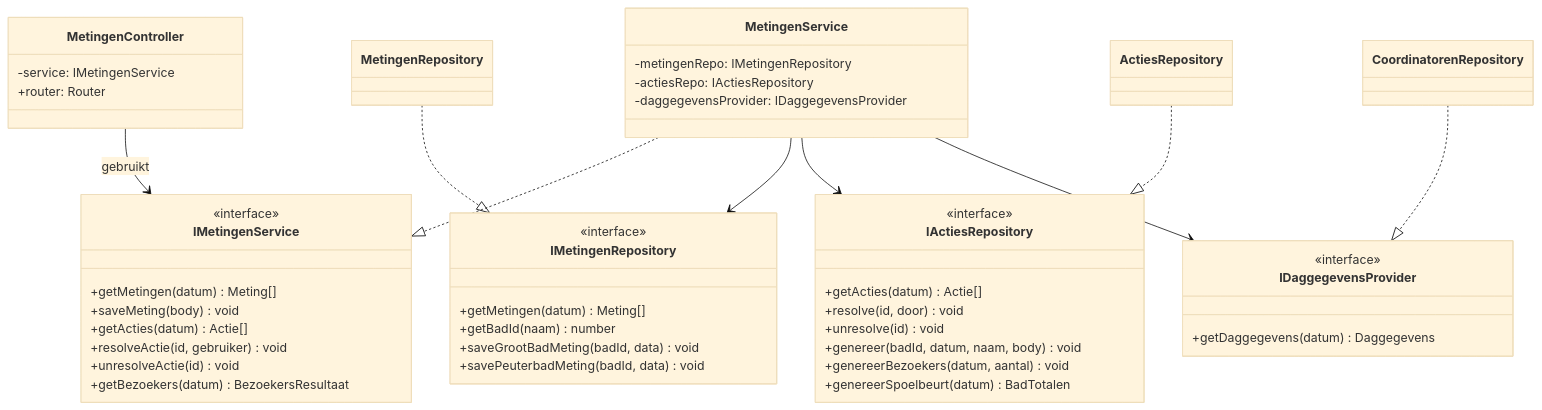
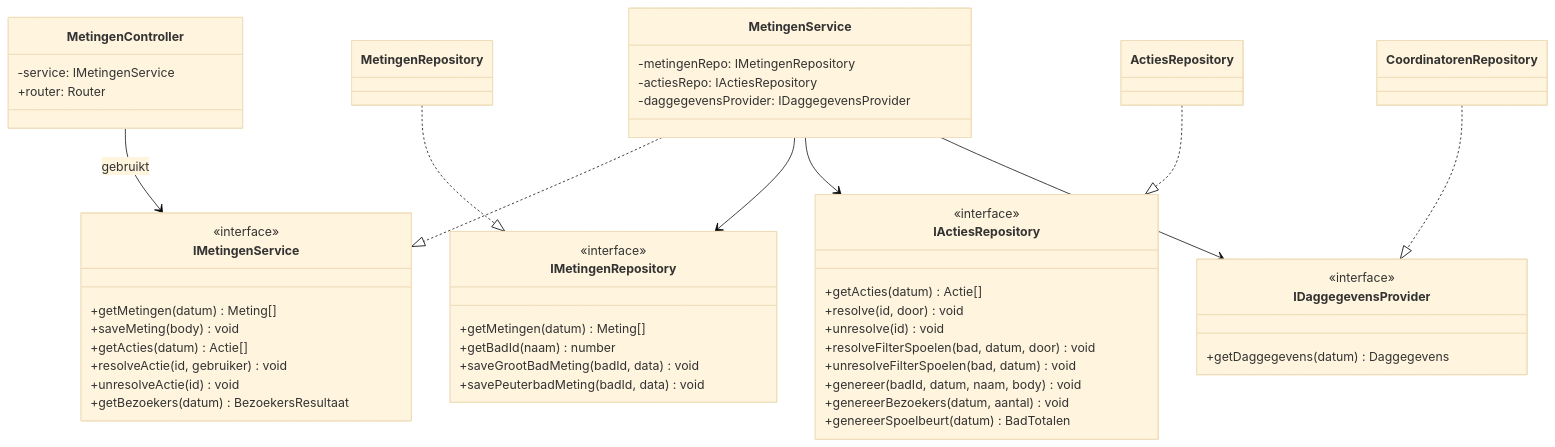
One commit to pjgheijmans/NewSiteWaterbeheerDeBercken changed the third of 5 diagrams in docs/architecture/backend.md. Above: the diagram before and after it, drawn with Mermaid (base theme). The commit also changed other lines of this file and 7 other files, not shown here.

````diff
--- a/docs/architecture/backend.md
+++ b/docs/architecture/backend.md
@@ -58,56 +58,58 @@
 ```mermaid
 classDiagram
     class MetingenController {
         -service: IMetingenService
         +router: Router
     }
 
     class IMetingenService {
         <<interface>>
         +getMetingen(datum) Meting[]
         +saveMeting(body) void
         +getActies(datum) Actie[]
         +resolveActie(id, gebruiker) void
         +unresolveActie(id) void
         +getBezoekers(datum) BezoekersResultaat
     }
     class MetingenService {
         -metingenRepo: IMetingenRepository
         -actiesRepo: IActiesRepository
         -daggegevensProvider: IDaggegevensProvider
     }
 
     class IMetingenRepository {
         <<interface>>
         +getMetingen(datum) Meting[]
         +getBadId(naam) number
         +saveGrootBadMeting(badId, data) void
         +savePeuterbadMeting(badId, data) void
     }
     class IActiesRepository {
         <<interface>>
         +getActies(datum) Actie[]
         +resolve(id, door) void
         +unresolve(id) void
+        +resolveFilterSpoelen(bad, datum, door) void
+        +unresolveFilterSpoelen(bad, datum) void
         +genereer(badId, datum, naam, body) void
         +genereerBezoekers(datum, aantal) void
         +genereerSpoelbeurt(datum) BadTotalen
     }
     class IDaggegevensProvider {
         <<interface>>
         +getDaggegevens(datum) Daggegevens
     }
 
     class MetingenRepository
     class ActiesRepository
     class CoordinatorenRepository
 
     MetingenController --> IMetingenService : gebruikt
     MetingenService ..|> IMetingenService
     MetingenService --> IMetingenRepository
     MetingenService --> IActiesRepository
     MetingenService --> IDaggegevensProvider
     MetingenRepository ..|> IMetingenRepository
     ActiesRepository ..|> IActiesRepository
     CoordinatorenRepository ..|> IDaggegevensProvider
 ```
````
